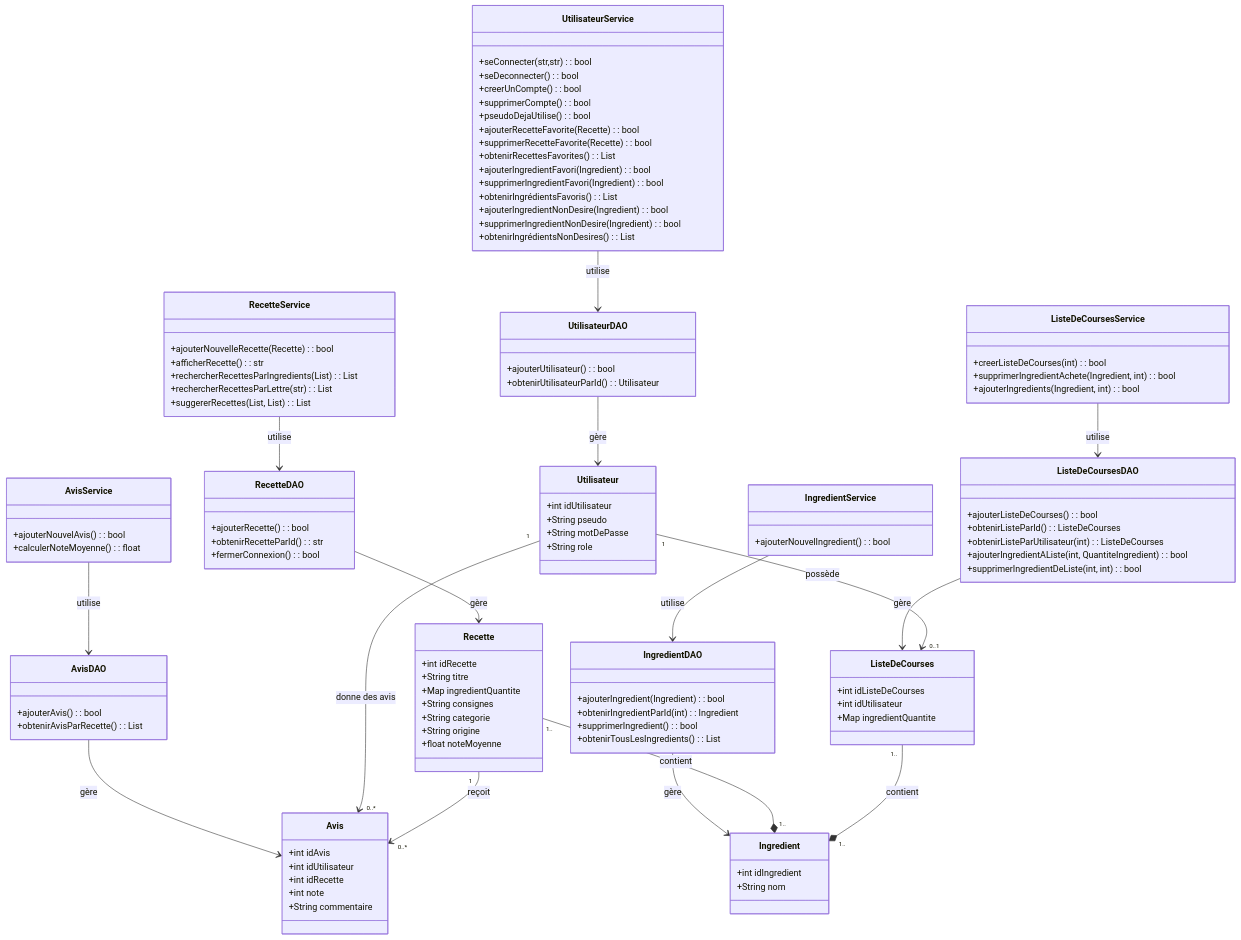
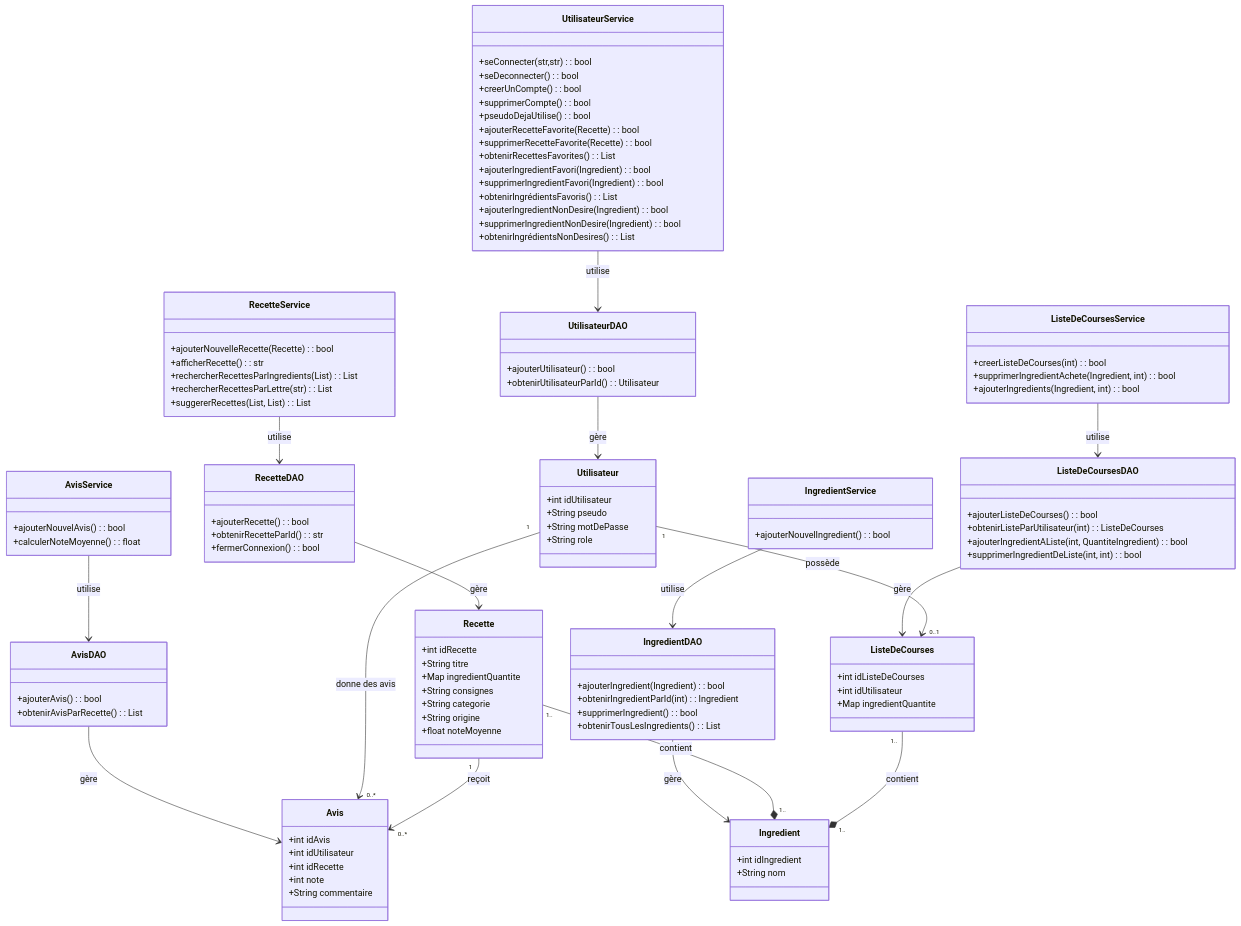
The diagram in doc/Diagramme de classes2.mmd (Donovan-pixel/ENSAI-2A-projet-info-gr12), drawn with Mermaid before and after one commit. The commit also changed 5 other files, not shown here.

```diff
--- a/doc/Diagramme de classes2.mmd
+++ b/doc/Diagramme de classes2.mmd
@@ -1,132 +1,131 @@
 classDiagram
     class Recette {
         +int idRecette
         +String titre
         +Map<Ingredients, quantite> ingredientQuantite
         +String consignes
         +String categorie
         +String origine
         +float noteMoyenne
     }
 
     class Ingredient {
         +int idIngredient
         +String nom
     }
 
     class Utilisateur {
         +int idUtilisateur
         +String pseudo
         +String motDePasse
         +String role
     }
 
     class ListeDeCourses {
         +int idListeDeCourses
         +int idUtilisateur
         +Map<Ingredient, quantite> ingredientQuantite
     }
 
     class Avis {
         +int idAvis
         +int idUtilisateur
         +int idRecette
         +int note
         +String commentaire
     }
 
     %% DAO and Service classes
 
     class RecetteDAO {
         +ajouterRecette() : bool
         +obtenirRecetteParId() : str
         +fermerConnexion() : bool
     }
 
     class RecetteService {
         +ajouterNouvelleRecette(Recette) : bool
         +afficherRecette() : str
         +rechercherRecettesParIngredients(List<Ingredient>) : List<Recette>
         +rechercherRecettesParLettre(str) : List<Recette>
         +suggererRecettes(List<Ingredient>, List<Ingredient>) : List<Recette>
     }
 
     class IngredientDAO {
         +ajouterIngredient(Ingredient) : bool
         +obtenirIngredientParId(int) : Ingredient
         +supprimerIngredient() : bool
         +obtenirTousLesIngredients() : List<Ingredient>
     }
 
     class IngredientService {
         +ajouterNouvelIngredient() : bool
     }
 
     class UtilisateurService {
         +seConnecter(str,str) : bool
         +seDeconnecter() : bool
         +creerUnCompte() : bool
         +supprimerCompte() : bool
         +pseudoDejaUtilise() : bool
         +ajouterRecetteFavorite(Recette) : bool
         +supprimerRecetteFavorite(Recette) : bool
         +obtenirRecettesFavorites() : List<Recette> 
         +ajouterIngredientFavori(Ingredient) : bool
         +supprimerIngredientFavori(Ingredient) : bool
         +obtenirIngrédientsFavoris() : List<Ingredient> 
         +ajouterIngredientNonDesire(Ingredient) : bool
         +supprimerIngredientNonDesire(Ingredient) : bool
         +obtenirIngrédientsNonDesires() : List<Ingredient> 
     }
 
     class UtilisateurDAO {
         +ajouterUtilisateur() : bool
         +obtenirUtilisateurParId() : Utilisateur
     }
 
     class ListeDeCoursesDAO {
         +ajouterListeDeCourses() : bool
-        +obtenirListeParId() : ListeDeCourses
         +obtenirListeParUtilisateur(int) : ListeDeCourses
         +ajouterIngredientAListe(int, QuantiteIngredient) : bool
         +supprimerIngredientDeListe(int, int) : bool
     }
 
     class ListeDeCoursesService {
         +creerListeDeCourses(int) : bool
         +supprimerIngredientAchete(Ingredient, int) : bool
         +ajouterIngredients(Ingredient, int) : bool
     }
 
     class AvisDAO {
         +ajouterAvis() : bool
         +obtenirAvisParRecette() : List<Avis>
     }
 
     class AvisService {
         +ajouterNouvelAvis() : bool
         +calculerNoteMoyenne() : float
     }
 
     %% Relations
     RecetteService --> RecetteDAO : utilise
     RecetteDAO --> Recette : gère
 
     IngredientService --> IngredientDAO : utilise
     IngredientDAO --> Ingredient : gère
 
     UtilisateurService --> UtilisateurDAO : utilise
     UtilisateurDAO --> Utilisateur : gère
 
     ListeDeCoursesService --> ListeDeCoursesDAO : utilise
     ListeDeCoursesDAO --> ListeDeCourses : gère
 
     AvisService --> AvisDAO : utilise
     AvisDAO --> Avis : gère
 
     %% Cardinalities
     Utilisateur "1" --> "0..*" Avis : donne des avis
     Utilisateur "1" --> "0..1" ListeDeCourses : possède
     Recette "1.."--* "1.." Ingredient : contient
     ListeDeCourses "1.."--* "1.." Ingredient : contient
     Recette "1" --> "0..*" Avis : reçoit
```
